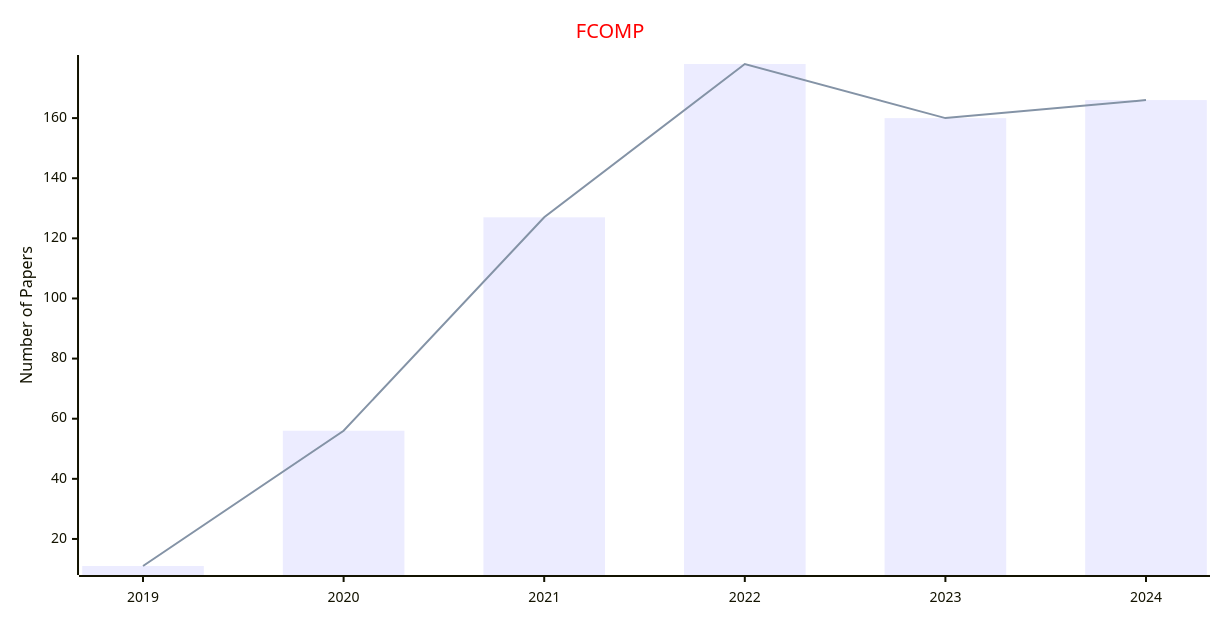
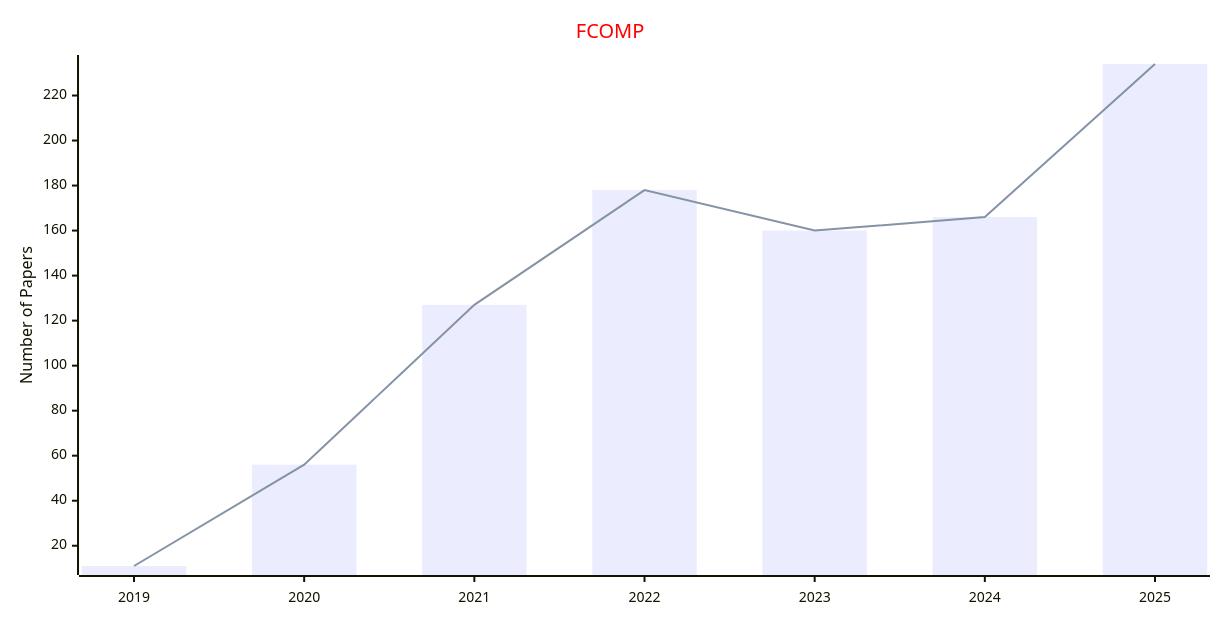
Before and after one commit to Easy-PhD/AILinks: the second of 4 diagrams in docs/data/Journals/Statistics_Journals/Computational_Science.md, drawn with Mermaid. The commit also changed other lines of this file and 93 other files, not shown here.

````diff
--- a/docs/data/Journals/Statistics_Journals/Computational_Science.md
+++ b/docs/data/Journals/Statistics_Journals/Computational_Science.md
@@ -33,17 +33,17 @@
 ```mermaid
 ---
 config:
     xyChart:
         width: 1200
         height: 600
     themeVariables:
         xyChart:
             titleColor: "#ff0000"
 ---
 xychart-beta
     title "FCOMP"
-    x-axis [2019, 2020, 2021, 2022, 2023, 2024]
+    x-axis [2019, 2020, 2021, 2022, 2023, 2024, 2025]
     y-axis "Number of Papers"
-    bar [11, 56, 127, 178, 160, 166]
-    line [11, 56, 127, 178, 160, 166]
+    bar [11, 56, 127, 178, 160, 166, 234]
+    line [11, 56, 127, 178, 160, 166, 234]
 ```
````
